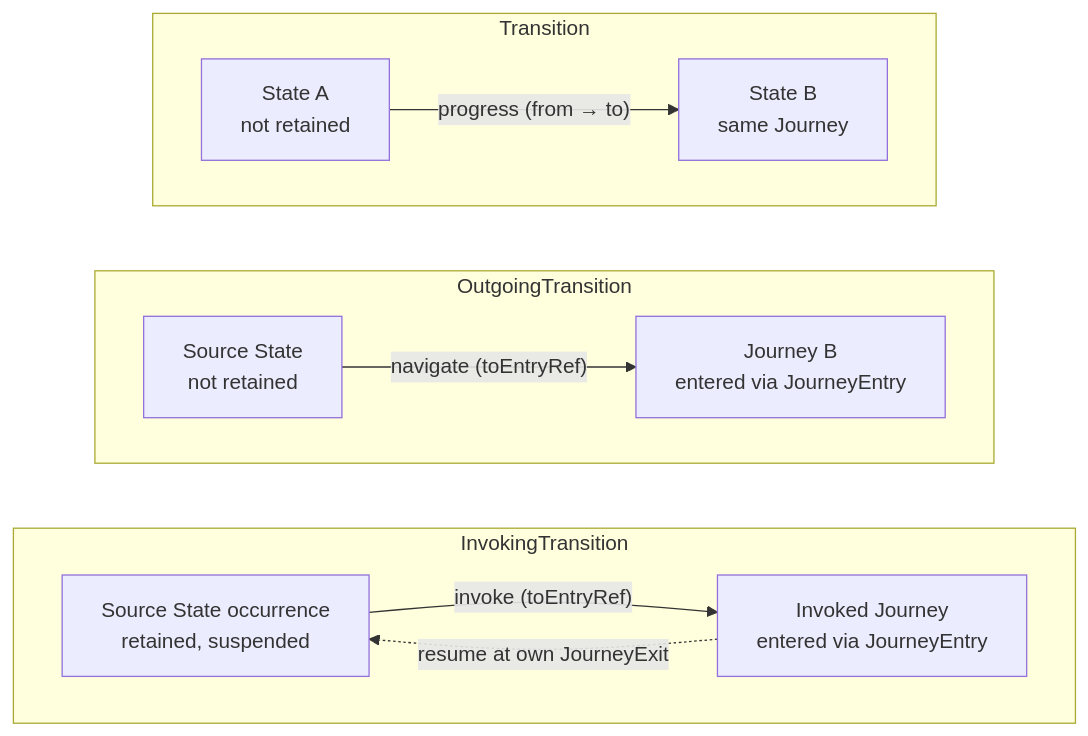
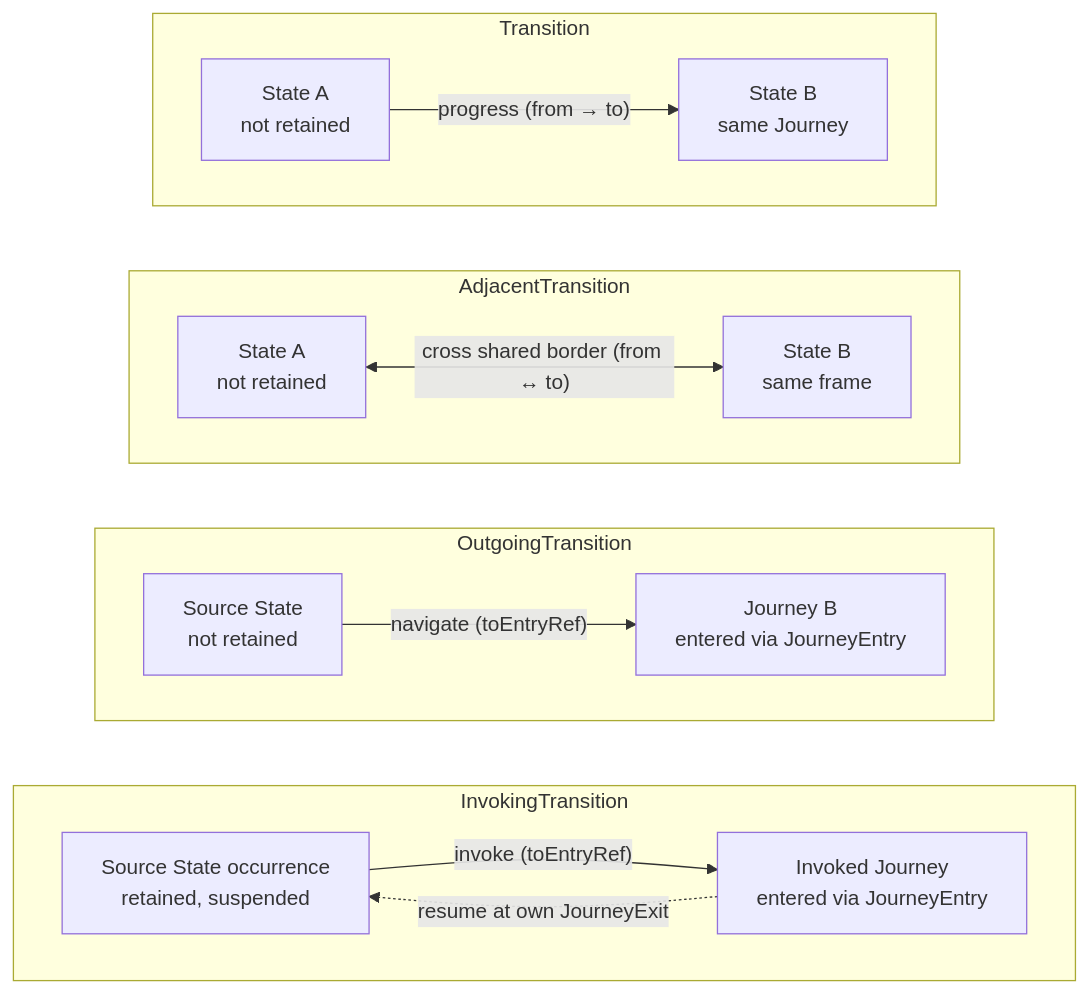
Before and after one commit to openuji/spec-ujg: the third of 13 diagrams in specs/ed/graph/index.md, drawn with Mermaid. The commit also changed other lines of this file and 29 other files, not shown here.

Commit message:
introduce AdjacentTransition

````diff
--- a/specs/ed/graph/index.md
+++ b/specs/ed/graph/index.md
@@ -187,21 +189,27 @@
 ```mermaid
 flowchart TB
   subgraph T["Transition"]
     direction LR
     T1["State A<br/>not retained"] -->|"progress (from → to)"| T2["State B<br/>same Journey"]
+  end
+
+  subgraph A["AdjacentTransition"]
+    direction LR
+    A1["State A<br/>not retained"] <-->|"cross shared border (from ↔ to)"| A2["State B<br/>same frame"]
   end
 
   subgraph O["OutgoingTransition"]
     direction LR
     O1["Source State<br/>not retained"] -->|"navigate (toEntryRef)"| O2["Journey B<br/>entered via JourneyEntry"]
   end
 
   subgraph I["InvokingTransition"]
     direction LR
     I1["Source State occurrence<br/>retained, suspended"] -->|"invoke (toEntryRef)"| I2["Invoked Journey<br/>entered via JourneyEntry"]
     I2 -.->|"resume at own JourneyExit"| I1
   end
 
-  T ~~~ O
+  T ~~~ A
+  A ~~~ O
   O ~~~ I
 ```
````
